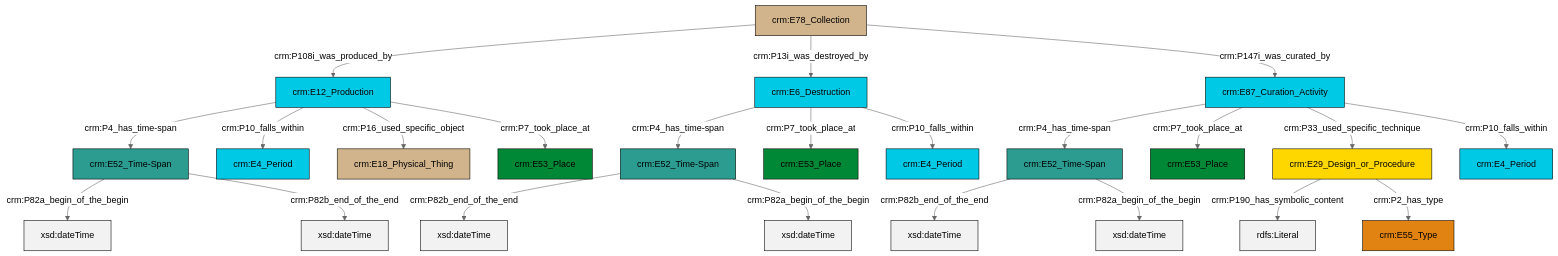
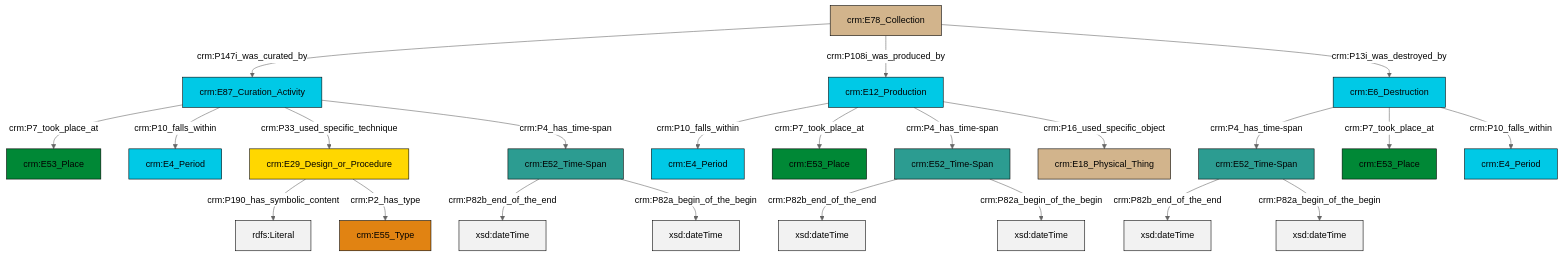
One commit to swiss-art-research-net/docs.swissartresearch changed the diagram in et/archivalCSV/ttl/mmd/archival_existence.ttl.mmd. Above: the diagram before and after it, drawn with Mermaid (neutral theme). The commit also changed 174 other files, not shown here.

```diff
--- a/et/archivalCSV/ttl/mmd/archival_existence.ttl.mmd
+++ b/et/archivalCSV/ttl/mmd/archival_existence.ttl.mmd
@@ -1,37 +1,37 @@
 graph TD
 classDef Literal fill:#f2f2f2,stroke:#000000;
 classDef CRM_Entity fill:#FFFFFF,stroke:#000000;
 classDef Temporal_Entity fill:#00C9E6, stroke:#000000;
 classDef Type fill:#E18312, stroke:#000000;
 classDef Time-Span fill:#2C9C91, stroke:#000000;
 classDef Appellation fill:#FFEB7F, stroke:#000000;
 classDef Place fill:#008836, stroke:#000000;
 classDef Persistent_Item fill:#B266B2, stroke:#000000;
 classDef Conceptual_Object fill:#FFD700, stroke:#000000;
 classDef Physical_Thing fill:#D2B48C, stroke:#000000;
 classDef Actor fill:#f58aad, stroke:#000000;
 classDef PC_Classes fill:#4ce600, stroke:#000000;
 classDef Multi fill:#cccccc,stroke:#000000;
 
-0["crm:E78_Collection"]:::Physical_Thing -->|crm:P108i_was_produced_by| 1["crm:E12_Production"]:::Temporal_Entity
-8["crm:E87_Curation_Activity"]:::Temporal_Entity -->|crm:P4_has_time-span| 9["crm:E52_Time-Span"]:::Time-Span
-10["crm:E52_Time-Span"]:::Time-Span -->|crm:P82a_begin_of_the_begin| 11[xsd:dateTime]:::Literal
-0["crm:E78_Collection"]:::Physical_Thing -->|crm:P13i_was_destroyed_by| 18["crm:E6_Destruction"]:::Temporal_Entity
-10["crm:E52_Time-Span"]:::Time-Span -->|crm:P82b_end_of_the_end| 19[xsd:dateTime]:::Literal
-8["crm:E87_Curation_Activity"]:::Temporal_Entity -->|crm:P7_took_place_at| 4["crm:E53_Place"]:::Place
-18["crm:E6_Destruction"]:::Temporal_Entity -->|crm:P4_has_time-span| 22["crm:E52_Time-Span"]:::Time-Span
-8["crm:E87_Curation_Activity"]:::Temporal_Entity -->|crm:P33_used_specific_technique| 14["crm:E29_Design_or_Procedure"]:::Conceptual_Object
-1["crm:E12_Production"]:::Temporal_Entity -->|crm:P4_has_time-span| 10["crm:E52_Time-Span"]:::Time-Span
-1["crm:E12_Production"]:::Temporal_Entity -->|crm:P10_falls_within| 25["crm:E4_Period"]:::Temporal_Entity
-8["crm:E87_Curation_Activity"]:::Temporal_Entity -->|crm:P10_falls_within| 20["crm:E4_Period"]:::Temporal_Entity
-18["crm:E6_Destruction"]:::Temporal_Entity -->|crm:P7_took_place_at| 27["crm:E53_Place"]:::Place
-9["crm:E52_Time-Span"]:::Time-Span -->|crm:P82b_end_of_the_end| 28[xsd:dateTime]:::Literal
-14["crm:E29_Design_or_Procedure"]:::Conceptual_Object -->|crm:P190_has_symbolic_content| 29[rdfs:Literal]:::Literal
-14["crm:E29_Design_or_Procedure"]:::Conceptual_Object -->|crm:P2_has_type| 2["crm:E55_Type"]:::Type
-1["crm:E12_Production"]:::Temporal_Entity -->|crm:P16_used_specific_object| 16["crm:E18_Physical_Thing"]:::Physical_Thing
-0["crm:E78_Collection"]:::Physical_Thing -->|crm:P147i_was_curated_by| 8["crm:E87_Curation_Activity"]:::Temporal_Entity
-22["crm:E52_Time-Span"]:::Time-Span -->|crm:P82b_end_of_the_end| 32[xsd:dateTime]:::Literal
-22["crm:E52_Time-Span"]:::Time-Span -->|crm:P82a_begin_of_the_begin| 33[xsd:dateTime]:::Literal
-9["crm:E52_Time-Span"]:::Time-Span -->|crm:P82a_begin_of_the_begin| 35[xsd:dateTime]:::Literal
-18["crm:E6_Destruction"]:::Temporal_Entity -->|crm:P10_falls_within| 12["crm:E4_Period"]:::Temporal_Entity
-1["crm:E12_Production"]:::Temporal_Entity -->|crm:P7_took_place_at| 6["crm:E53_Place"]:::Place
+0["crm:E87_Curation_Activity"]:::Temporal_Entity -->|crm:P7_took_place_at| 1["crm:E53_Place"]:::Place
+4["crm:E29_Design_or_Procedure"]:::Conceptual_Object -->|crm:P190_has_symbolic_content| 5[rdfs:Literal]:::Literal
+0["crm:E87_Curation_Activity"]:::Temporal_Entity -->|crm:P10_falls_within| 7["crm:E4_Period"]:::Temporal_Entity
+8["crm:E52_Time-Span"]:::Time-Span -->|crm:P82b_end_of_the_end| 9[xsd:dateTime]:::Literal
+2["crm:E52_Time-Span"]:::Time-Span -->|crm:P82b_end_of_the_end| 10[xsd:dateTime]:::Literal
+11["crm:E6_Destruction"]:::Temporal_Entity -->|crm:P4_has_time-span| 2["crm:E52_Time-Span"]:::Time-Span
+8["crm:E52_Time-Span"]:::Time-Span -->|crm:P82a_begin_of_the_begin| 12[xsd:dateTime]:::Literal
+13["crm:E78_Collection"]:::Physical_Thing -->|crm:P147i_was_curated_by| 0["crm:E87_Curation_Activity"]:::Temporal_Entity
+2["crm:E52_Time-Span"]:::Time-Span -->|crm:P82a_begin_of_the_begin| 16[xsd:dateTime]:::Literal
+11["crm:E6_Destruction"]:::Temporal_Entity -->|crm:P7_took_place_at| 19["crm:E53_Place"]:::Place
+20["crm:E12_Production"]:::Temporal_Entity -->|crm:P10_falls_within| 21["crm:E4_Period"]:::Temporal_Entity
+0["crm:E87_Curation_Activity"]:::Temporal_Entity -->|crm:P33_used_specific_technique| 4["crm:E29_Design_or_Procedure"]:::Conceptual_Object
+17["crm:E52_Time-Span"]:::Time-Span -->|crm:P82b_end_of_the_end| 28[xsd:dateTime]:::Literal
+20["crm:E12_Production"]:::Temporal_Entity -->|crm:P7_took_place_at| 14["crm:E53_Place"]:::Place
+13["crm:E78_Collection"]:::Physical_Thing -->|crm:P108i_was_produced_by| 20["crm:E12_Production"]:::Temporal_Entity
+11["crm:E6_Destruction"]:::Temporal_Entity -->|crm:P10_falls_within| 33["crm:E4_Period"]:::Temporal_Entity
+0["crm:E87_Curation_Activity"]:::Temporal_Entity -->|crm:P4_has_time-span| 8["crm:E52_Time-Span"]:::Time-Span
+13["crm:E78_Collection"]:::Physical_Thing -->|crm:P13i_was_destroyed_by| 11["crm:E6_Destruction"]:::Temporal_Entity
+20["crm:E12_Production"]:::Temporal_Entity -->|crm:P4_has_time-span| 17["crm:E52_Time-Span"]:::Time-Span
+17["crm:E52_Time-Span"]:::Time-Span -->|crm:P82a_begin_of_the_begin| 36[xsd:dateTime]:::Literal
+20["crm:E12_Production"]:::Temporal_Entity -->|crm:P16_used_specific_object| 30["crm:E18_Physical_Thing"]:::Physical_Thing
+4["crm:E29_Design_or_Procedure"]:::Conceptual_Object -->|crm:P2_has_type| 23["crm:E55_Type"]:::Type
```
